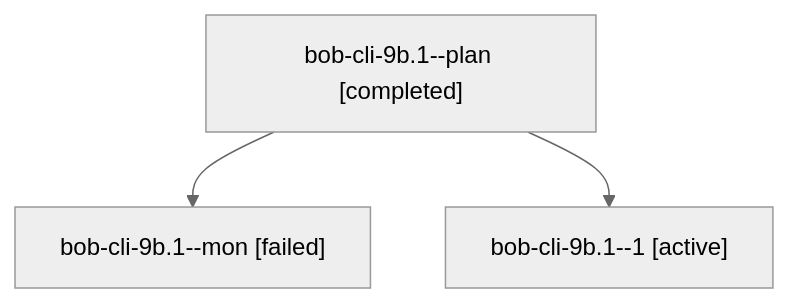
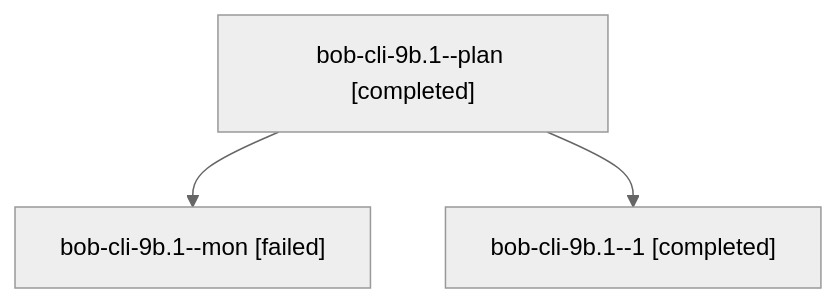
Before and after one commit to bobs-org/bob-cli--agents: the diagram in sessions/bbugyi200.athena.bob-cli-9b.1.md, drawn with Mermaid (neutral theme). The commit also changed other lines of this file and 19 other files, not shown here.

````diff
--- a/sessions/bbugyi200.athena.bob-cli-9b.1.md
+++ b/sessions/bbugyi200.athena.bob-cli-9b.1.md
@@ -9,8 +9,8 @@
 ```mermaid
 flowchart TD
   n0["bob-cli-9b.1--plan [completed]"]
   n1["bob-cli-9b.1--mon [failed]"]
   n0 --> n1
-  n2["bob-cli-9b.1--1 [active]"]
+  n2["bob-cli-9b.1--1 [completed]"]
   n0 --> n2
 ```
````
